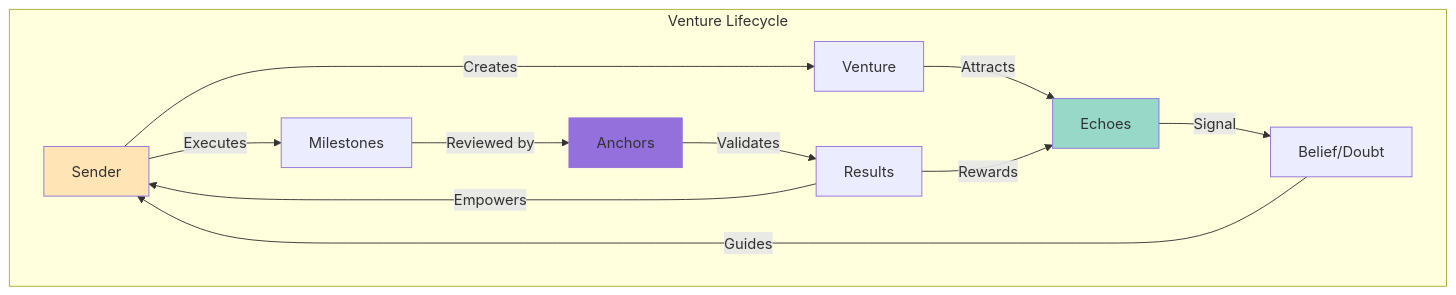
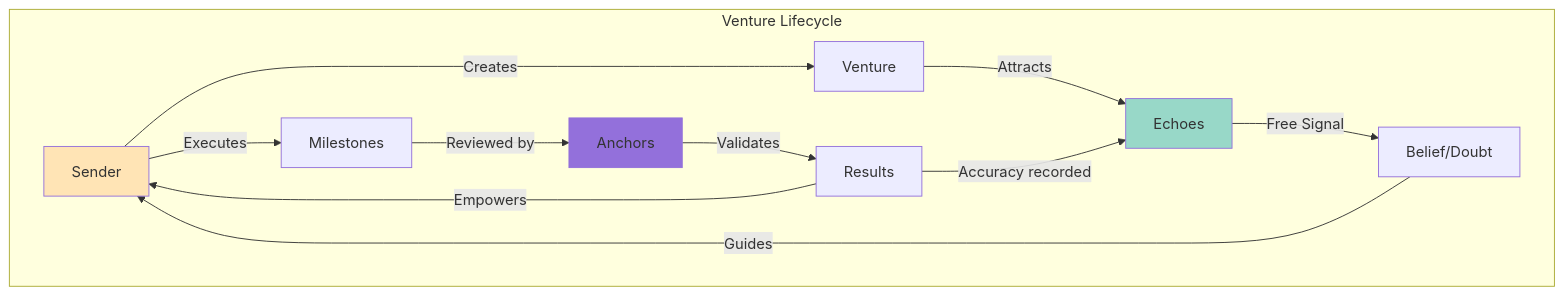
The first of 3 diagrams in docs/overview-guide/interactions.md (studio3-labs/studio3-docs), drawn with Mermaid before and after one commit. The commit also changed 3 other files, not shown here.

Commit message:
no-mistakes(review): Stop diagrams paying Echoes; restate settlement rule

````diff
--- a/docs/overview-guide/interactions.md
+++ b/docs/overview-guide/interactions.md
@@ -11,18 +11,18 @@
 ```mermaid
 graph TB
     subgraph "Venture Lifecycle"
         S[Sender] -->|Creates| V[Venture]
         V -->|Attracts| E[Echoes]
-        E -->|Signal| B[Belief/Doubt]
+        E -->|Free Signal| B[Belief/Doubt]
         B -->|Guides| S
         S -->|Executes| M[Milestones]
         M -->|Reviewed by| A[Anchors]
         A -->|Validates| R[Results]
-        R -->|Rewards| E
+        R -->|Accuracy recorded| E
         R -->|Empowers| S
     end
     
     style S fill: #FFE4B5
     style E fill: #98D8C8
     style A fill: #9370DB
 ```
````
